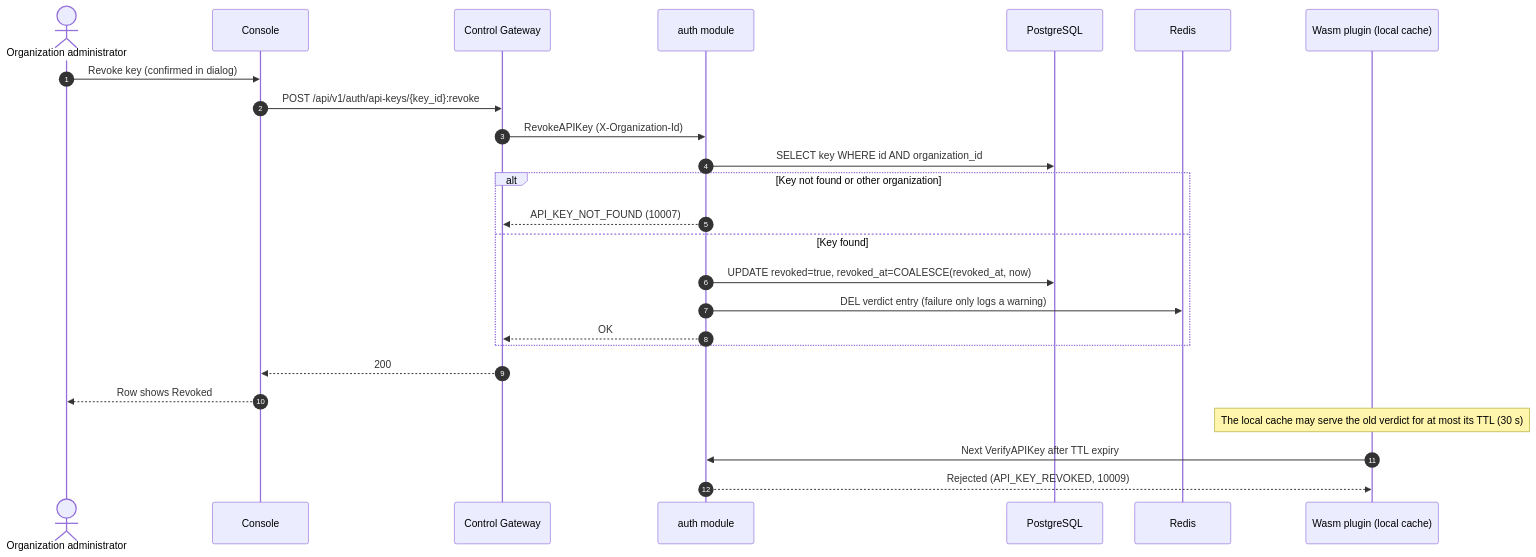
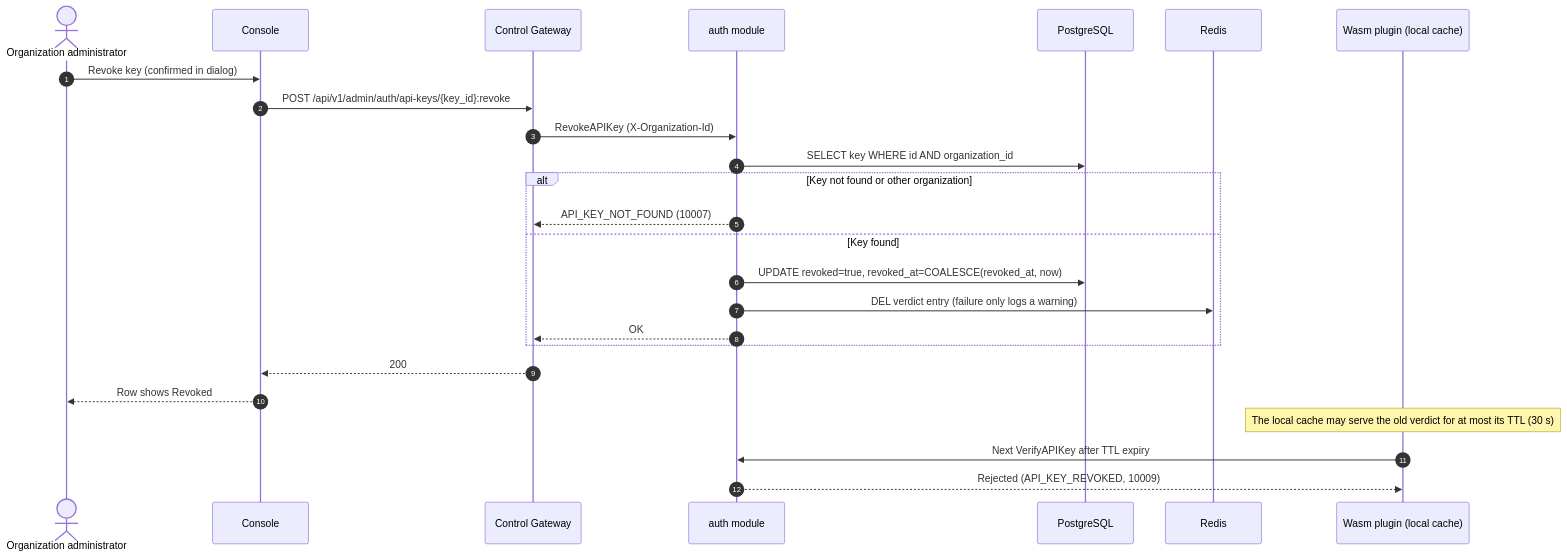
One commit to dhyabi2/go-taas changed the fourth of 4 diagrams in docs/architecture/api-key-management.md. Above: the diagram before and after it, drawn with Mermaid. The commit also changed other lines of this file and 24 other files, not shown here.

Commit message:
feat(api,web): split admin surface under /api/v1/admin and /admin console prefix

````diff
--- a/docs/architecture/api-key-management.md
+++ b/docs/architecture/api-key-management.md
@@ -250,28 +250,28 @@
 ```mermaid
 sequenceDiagram
     autonumber
     actor Admin as Organization administrator
     participant Console as Console
     participant CGW as Control Gateway
     participant Auth as auth module
     participant DB as PostgreSQL
     participant RD as Redis
     participant W as Wasm plugin (local cache)
 
     Admin->>Console: Revoke key (confirmed in dialog)
-    Console->>CGW: POST /api/v1/auth/api-keys/{key_id}:revoke
+    Console->>CGW: POST /api/v1/admin/auth/api-keys/{key_id}:revoke
     CGW->>Auth: RevokeAPIKey (X-Organization-Id)
     Auth->>DB: SELECT key WHERE id AND organization_id
     alt Key not found or other organization
         Auth-->>CGW: API_KEY_NOT_FOUND (10007)
     else Key found
         Auth->>DB: UPDATE revoked=true, revoked_at=COALESCE(revoked_at, now)
         Auth->>RD: DEL verdict entry (failure only logs a warning)
         Auth-->>CGW: OK
     end
     CGW-->>Console: 200
     Console-->>Admin: Row shows Revoked
     Note over W: The local cache may serve the old verdict for at most its TTL (30 s)
     W->>Auth: Next VerifyAPIKey after TTL expiry
     Auth-->>W: Rejected (API_KEY_REVOKED, 10009)
 ```
````
